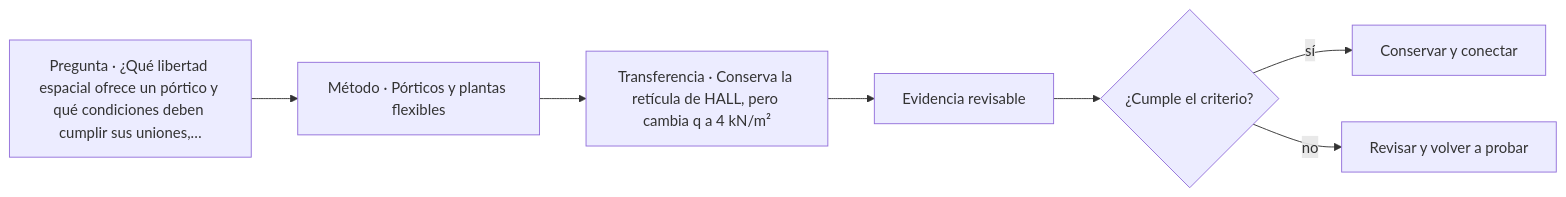
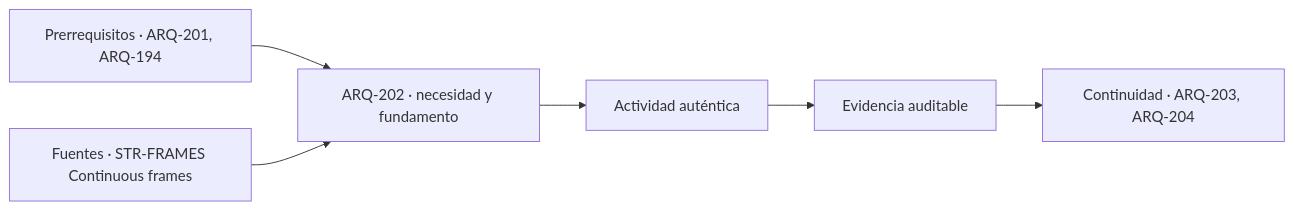
The diagram in classes/parte-21/ARQ-202.md (vladimiracunadev-create/architecture-built-environment-learning-program), drawn with Mermaid before and after one commit. The commit also changed other lines of this file and 761 other files, not shown here.

````diff
--- a/classes/parte-21/ARQ-202.md
+++ b/classes/parte-21/ARQ-202.md
@@ -107,9 +119,8 @@
 ```mermaid
 flowchart LR
-    Q["Pregunta · ¿Qué libertad espacial ofrece un pórtico y qué condiciones deben cumplir sus uniones,…"] --> M["Método · Pórticos y plantas flexibles"]
-    M --> P["Transferencia · Conserva la retícula de HALL, pero cambia q a 4 kN/m²"]
-    P --> E["Evidencia revisable"]
-    E --> C{"¿Cumple el criterio?"}
-    C -->|sí| T["Conservar y conectar"]
-    C -->|no| R["Revisar y volver a probar"]
+    A["Prerrequisitos · ARQ-201, ARQ-194"] --> B["ARQ-202 · necesidad y fundamento"]
+    S["Fuentes · STR-FRAMES Continuous frames"] --> B
+    B --> C["Actividad auténtica"]
+    C --> D["Evidencia auditable"]
+    D --> E["Continuidad · ARQ-203, ARQ-204"]
 ```
````
